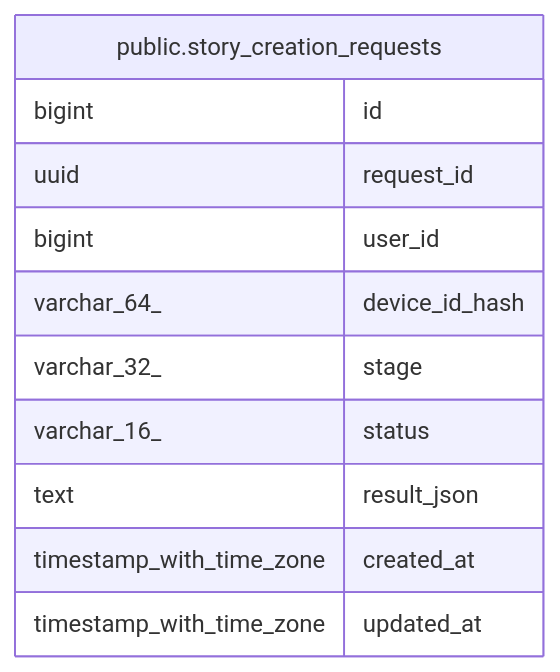
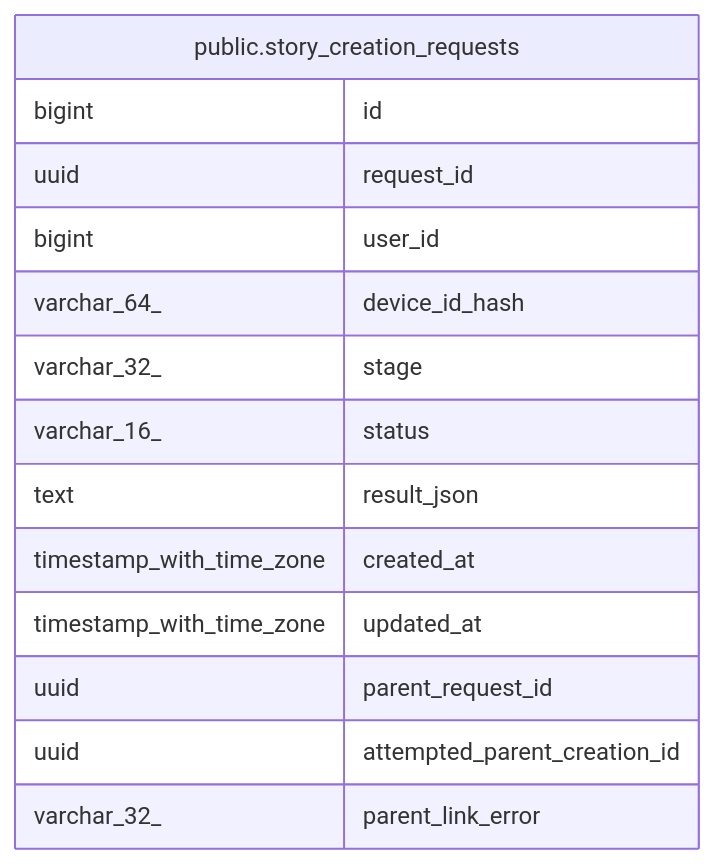
One commit to KIM-N-KANG/manyak-server changed the diagram in dbdoc/public.story_creation_requests.md. Above: the diagram before and after it, drawn with Mermaid. The commit also changed other lines of this file and 7 other files, not shown here.

````diff
--- a/dbdoc/public.story_creation_requests.md
+++ b/dbdoc/public.story_creation_requests.md
@@ -35,16 +38,19 @@
 ```mermaid
 erDiagram
 
 
 "public.story_creation_requests" {
   bigint id
   uuid request_id
   bigint user_id
   varchar_64_ device_id_hash
   varchar_32_ stage
   varchar_16_ status
   text result_json
   timestamp_with_time_zone created_at
   timestamp_with_time_zone updated_at
+  uuid parent_request_id
+  uuid attempted_parent_creation_id
+  varchar_32_ parent_link_error
 }
 ```
````
